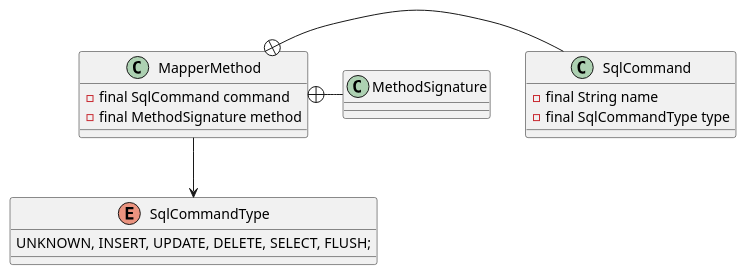
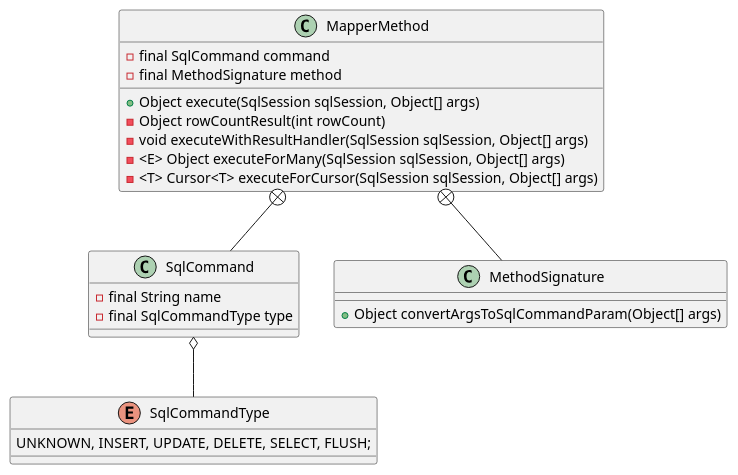
One commit to onlyonion/development changed the diagram in 20-framework/src/mybatis/mybatis/binding/MapperMethod.md. Above: the diagram before and after it, drawn with PlantUML. The commit also changed other lines of this file and 72 other files, not shown here.

````diff
--- a/20-framework/src/mybatis/mybatis/binding/MapperMethod.md
+++ b/20-framework/src/mybatis/mybatis/binding/MapperMethod.md
@@ -3,26 +16,34 @@
 ```plantuml
 @startuml
-
+''''''''''''''''''''' 映射方法 '''''''''''''''''''''''
 class MapperMethod {
     - final SqlCommand command
     - final MethodSignature method
+    + Object execute(SqlSession sqlSession, Object[] args)
+    - Object rowCountResult(int rowCount)
+    - void executeWithResultHandler(SqlSession sqlSession, Object[] args)
+    - <E> Object executeForMany(SqlSession sqlSession, Object[] args)
+    - <T> Cursor<T> executeForCursor(SqlSession sqlSession, Object[] args)
 }
 
+''''''''''''''''''''' sql命令 '''''''''''''''''''''''
 class SqlCommand {
     - final String name
     - final SqlCommandType type
 }
+MapperMethod +-- SqlCommand
 
-class MethodSignature {
-}
-
-MapperMethod +- SqlCommand
-MapperMethod +- MethodSignature
-MapperMethod --> SqlCommandType
-
+''''''''''''''''''''' sql命令类型枚举 增删改查、冲刷 '''''''''''''''''''''''
 enum SqlCommandType {
   UNKNOWN, INSERT, UPDATE, DELETE, SELECT, FLUSH;
 }
+SqlCommand o-- SqlCommandType
+
+''''''''''''''''''''' 方法签名 '''''''''''''''''''''''
+class MethodSignature {
+    + Object convertArgsToSqlCommandParam(Object[] args)
+}
+MapperMethod +-- MethodSignature
+
 @enduml
-
 ```
````
